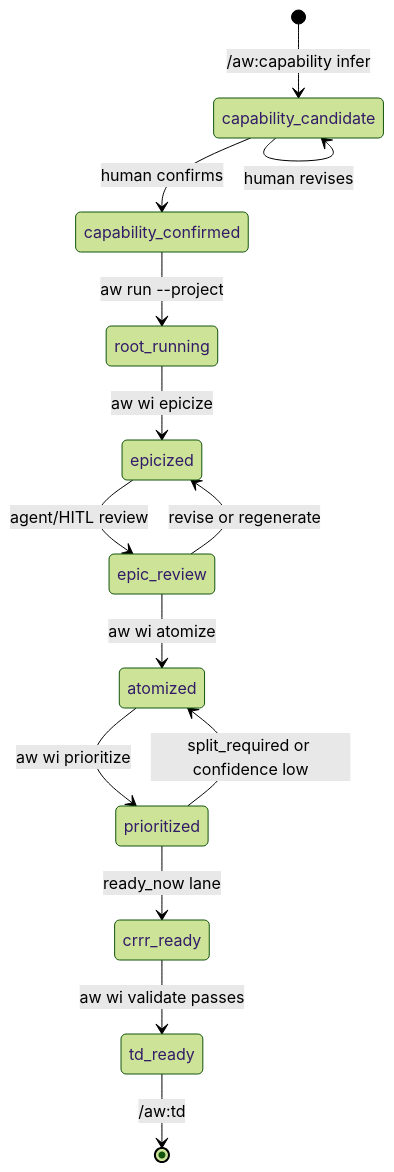
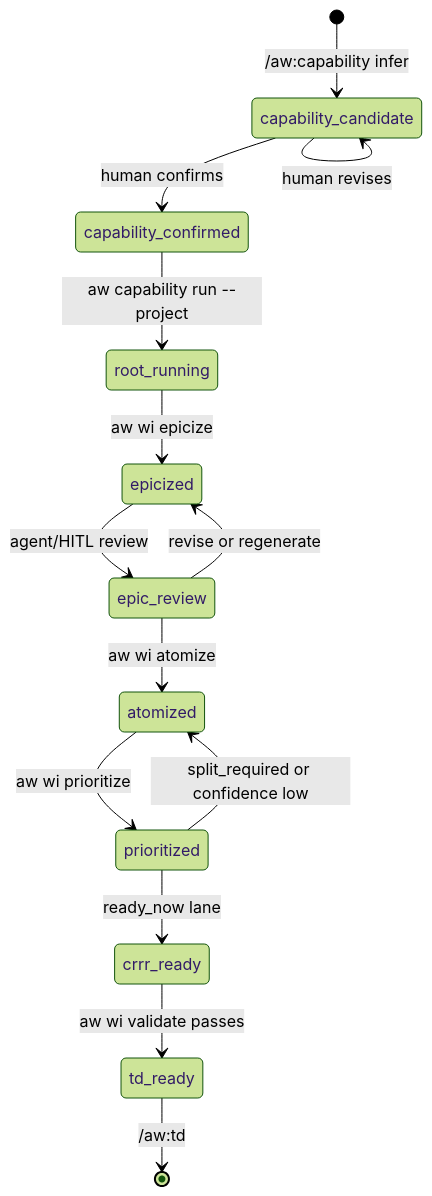
The first of 3 diagrams in projects/agentic-workflow/tech-design/surface/specs/aw-capability-alignment-wi-planning.md (chrischeng-c4/axiom), drawn with Mermaid (forest theme) before and after one commit. The commit also changed other lines of this file and 37 other files, not shown here.

````diff
--- a/projects/agentic-workflow/tech-design/surface/specs/aw-capability-alignment-wi-planning.md
+++ b/projects/agentic-workflow/tech-design/surface/specs/aw-capability-alignment-wi-planning.md
@@ -209,20 +209,20 @@
 ```mermaid
 ---
 id: capability-alignment-loop
 initial: capability_candidate
 ---
 stateDiagram-v2
     [*] --> capability_candidate : /aw:capability infer
     capability_candidate --> capability_confirmed : human confirms
     capability_candidate --> capability_candidate : human revises
-    capability_confirmed --> root_running : aw run --project
+    capability_confirmed --> root_running : aw capability run --project
     root_running --> epicized : aw wi epicize
     epicized --> epic_review : agent/HITL review
     epic_review --> atomized : aw wi atomize
     epic_review --> epicized : revise or regenerate
     atomized --> prioritized : aw wi prioritize
     prioritized --> crrr_ready : ready_now lane
     crrr_ready --> td_ready : aw wi validate passes
     td_ready --> [*] : /aw:td
     prioritized --> atomized : split_required or confidence low
 ```
````
